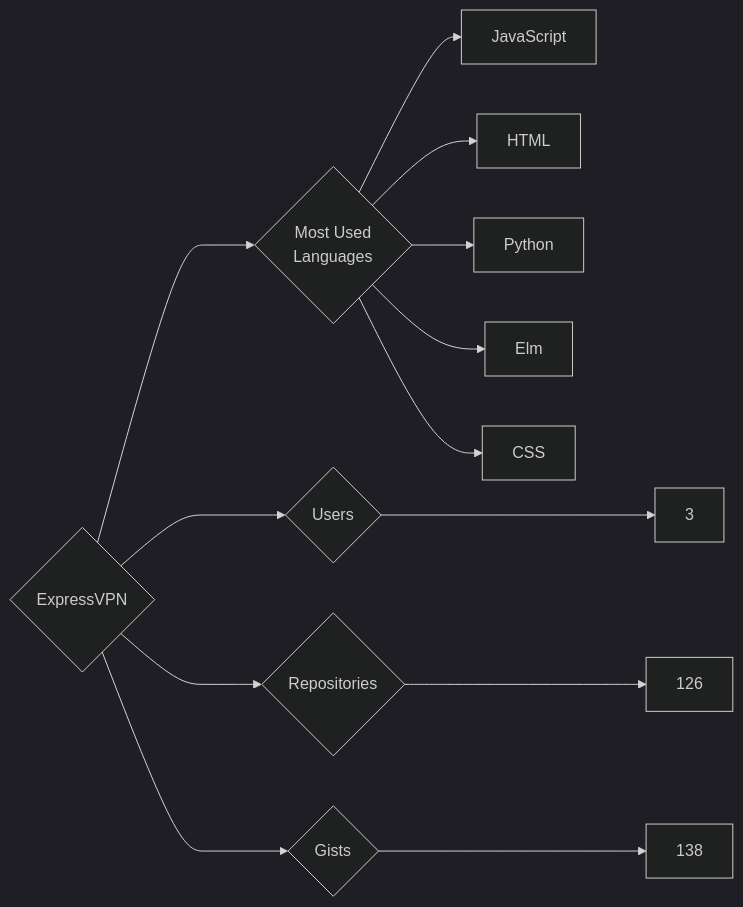
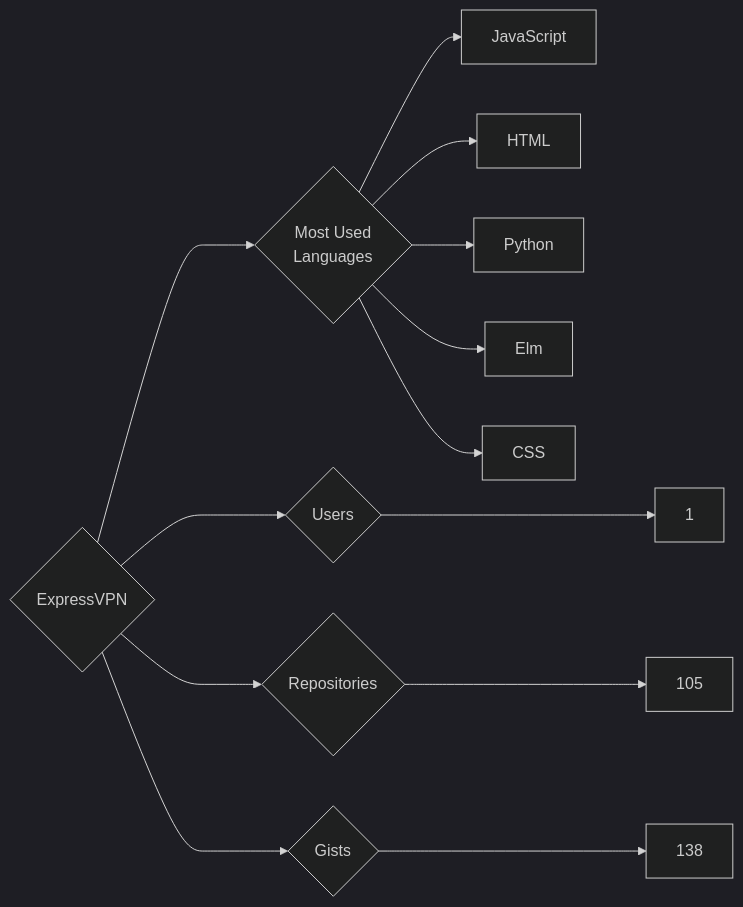
Before and after one commit to trickest/insiders: the diagram in targets/ExpressVPN/README.md, drawn with Mermaid (dark theme). The commit also changed 1167 other files, not shown here.

````diff
--- a/targets/ExpressVPN/README.md
+++ b/targets/ExpressVPN/README.md
@@ -3,13 +3,13 @@
 ```mermaid
 graph LR
 COMPANY_NAME{ExpressVPN}
-COMPANY_NAME ---> U{Users} ---> UN[3]
-COMPANY_NAME ---> R{Repositories} ---> RN[126]
+COMPANY_NAME ---> U{Users} ---> UN[1]
+COMPANY_NAME ---> R{Repositories} ---> RN[105]
 COMPANY_NAME ---> G{Gists} ---> GN[138]
 COMPANY_NAME ---> ML{Most Used<br>Languages}
 ML --> JavaScript[JavaScript]
 ML --> HTML[HTML]
 ML --> Python[Python]
 ML --> Elm[Elm]
 ML --> CSS[CSS]
 ```
````
